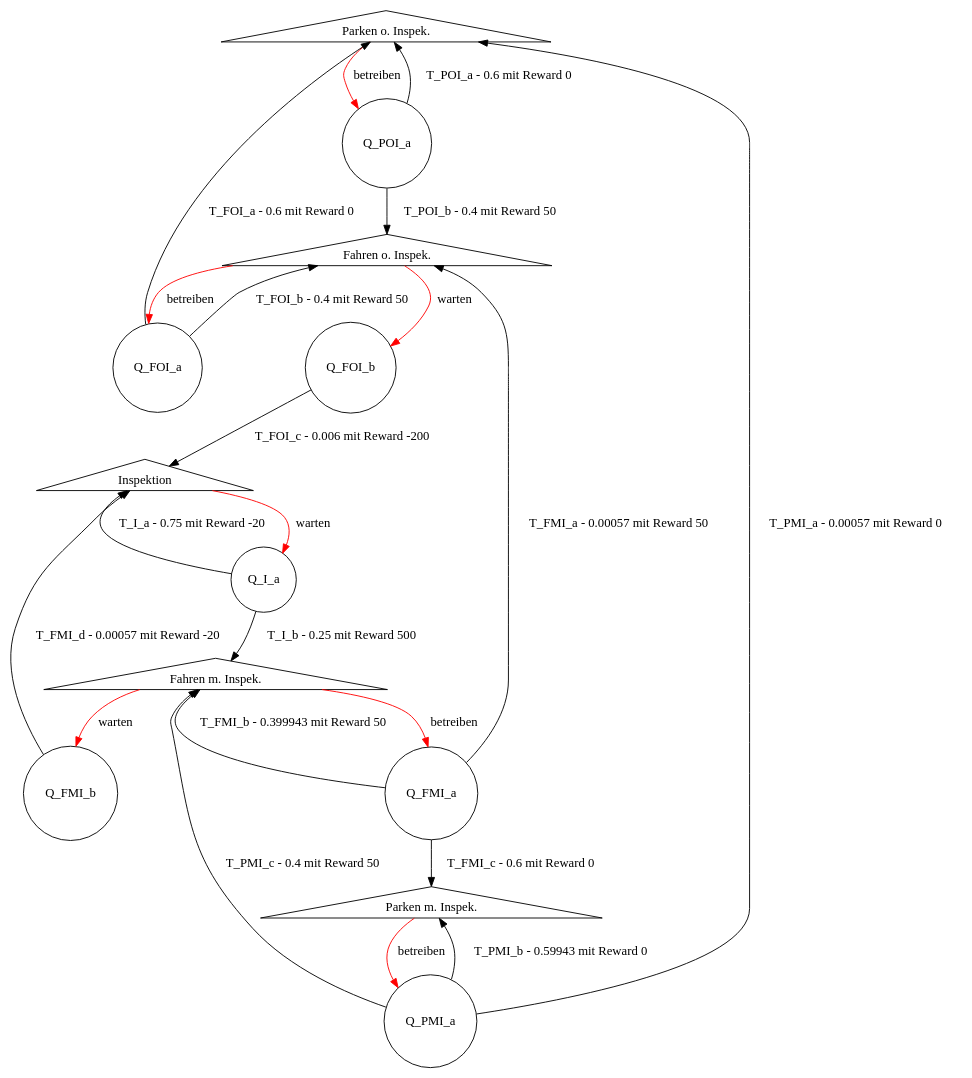
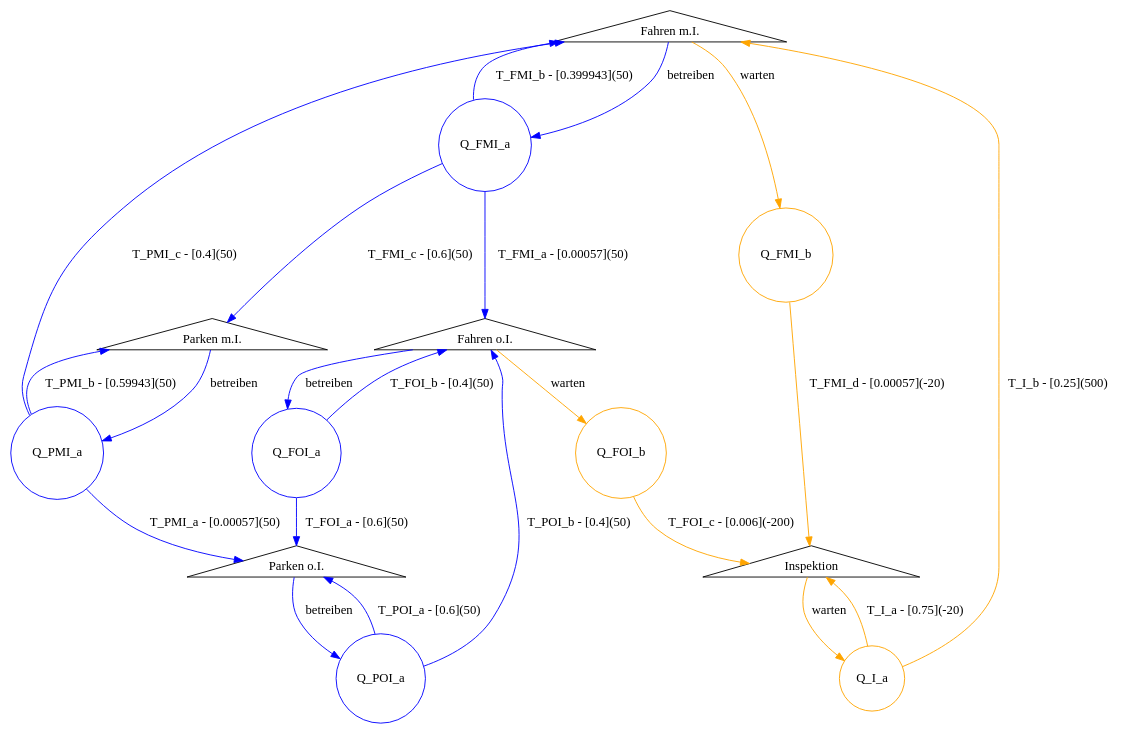
The diagram in Graph.gv (fubsi/studium-aufgaben), drawn with Graphviz before and after one commit. The commit also changed 2 other files, not shown here.

```diff
--- a/Graph.gv
+++ b/Graph.gv
@@ -1,35 +1,35 @@
 digraph "Graph" {
-	"Parken o. Inspek." [shape=triangle]
-	"Parken m. Inspek." [shape=triangle]
-	"Fahren o. Inspek." [shape=triangle]
-	"Fahren m. Inspek." [shape=triangle]
+	"Fahren m.I." [shape=triangle]
+	"Parken m.I." [shape=triangle]
 	Inspektion [shape=triangle]
-	Q_POI_a [shape=circle]
-	"Parken o. Inspek." -> Q_POI_a [label=betreiben color=red]
-	Q_FOI_a [shape=circle]
-	"Fahren o. Inspek." -> Q_FOI_a [label=betreiben color=red]
-	Q_FOI_b [shape=circle]
-	"Fahren o. Inspek." -> Q_FOI_b [label=warten color=red]
-	Q_I_a [shape=circle]
-	Inspektion -> Q_I_a [label=warten color=red]
-	Q_FMI_a [shape=circle]
-	"Fahren m. Inspek." -> Q_FMI_a [label=betreiben color=red]
-	Q_FMI_b [shape=circle]
-	"Fahren m. Inspek." -> Q_FMI_b [label=warten color=red]
-	Q_PMI_a [shape=circle]
-	"Parken m. Inspek." -> Q_PMI_a [label=betreiben color=red]
-	Q_POI_a -> "Parken o. Inspek." [label="T_POI_a - 0.6 mit Reward 0"]
-	Q_POI_a -> "Fahren o. Inspek." [label="T_POI_b - 0.4 mit Reward 50"]
-	Q_FOI_a -> "Parken o. Inspek." [label="T_FOI_a - 0.6 mit Reward 0"]
-	Q_FOI_a -> "Fahren o. Inspek." [label="T_FOI_b - 0.4 mit Reward 50"]
-	Q_FOI_b -> Inspektion [label="T_FOI_c - 0.006 mit Reward -200"]
-	Q_I_a -> Inspektion [label="T_I_a - 0.75 mit Reward -20"]
-	Q_I_a -> "Fahren m. Inspek." [label="T_I_b - 0.25 mit Reward 500"]
-	Q_FMI_a -> "Fahren o. Inspek." [label="T_FMI_a - 0.00057 mit Reward 50"]
-	Q_FMI_a -> "Fahren m. Inspek." [label="T_FMI_b - 0.399943 mit Reward 50"]
-	Q_FMI_a -> "Parken m. Inspek." [label="T_FMI_c - 0.6 mit Reward 0"]
-	Q_FMI_b -> Inspektion [label="T_FMI_d - 0.00057 mit Reward -20"]
-	Q_PMI_a -> "Parken o. Inspek." [label="T_PMI_a - 0.00057 mit Reward 0"]
-	Q_PMI_a -> "Parken m. Inspek." [label="T_PMI_b - 0.59943 mit Reward 0"]
-	Q_PMI_a -> "Fahren m. Inspek." [label="T_PMI_c - 0.4 mit Reward 50"]
+	"Fahren o.I." [shape=triangle]
+	"Parken o.I." [shape=triangle]
+	Q_POI_a [color=blue shape=circle]
+	"Parken o.I." -> Q_POI_a [label=betreiben color=blue]
+	Q_FOI_a [color=blue shape=circle]
+	"Fahren o.I." -> Q_FOI_a [label=betreiben color=blue]
+	Q_FOI_b [color=orange shape=circle]
+	"Fahren o.I." -> Q_FOI_b [label=warten color=orange]
+	Q_I_a [color=orange shape=circle]
+	Inspektion -> Q_I_a [label=warten color=orange]
+	Q_FMI_a [color=blue shape=circle]
+	"Fahren m.I." -> Q_FMI_a [label=betreiben color=blue]
+	Q_FMI_b [color=orange shape=circle]
+	"Fahren m.I." -> Q_FMI_b [label=warten color=orange]
+	Q_PMI_a [color=blue shape=circle]
+	"Parken m.I." -> Q_PMI_a [label=betreiben color=blue]
+	Q_POI_a -> "Parken o.I." [label="T_POI_a - [0.6](50)" color=blue]
+	Q_POI_a -> "Fahren o.I." [label="T_POI_b - [0.4](50)" color=blue]
+	Q_FOI_a -> "Parken o.I." [label="T_FOI_a - [0.6](50)" color=blue]
+	Q_FOI_a -> "Fahren o.I." [label="T_FOI_b - [0.4](50)" color=blue]
+	Q_FOI_b -> Inspektion [label="T_FOI_c - [0.006](-200)" color=orange]
+	Q_I_a -> Inspektion [label="T_I_a - [0.75](-20)" color=orange]
+	Q_I_a -> "Fahren m.I." [label="T_I_b - [0.25](500)" color=orange]
+	Q_FMI_a -> "Fahren o.I." [label="T_FMI_a - [0.00057](50)" color=blue]
+	Q_FMI_a -> "Fahren m.I." [label="T_FMI_b - [0.399943](50)" color=blue]
+	Q_FMI_a -> "Parken m.I." [label="T_FMI_c - [0.6](50)" color=blue]
+	Q_FMI_b -> Inspektion [label="T_FMI_d - [0.00057](-20)" color=orange]
+	Q_PMI_a -> "Parken o.I." [label="T_PMI_a - [0.00057](50)" color=blue]
+	Q_PMI_a -> "Parken m.I." [label="T_PMI_b - [0.59943](50)" color=blue]
+	Q_PMI_a -> "Fahren m.I." [label="T_PMI_c - [0.4](50)" color=blue]
 }
```
